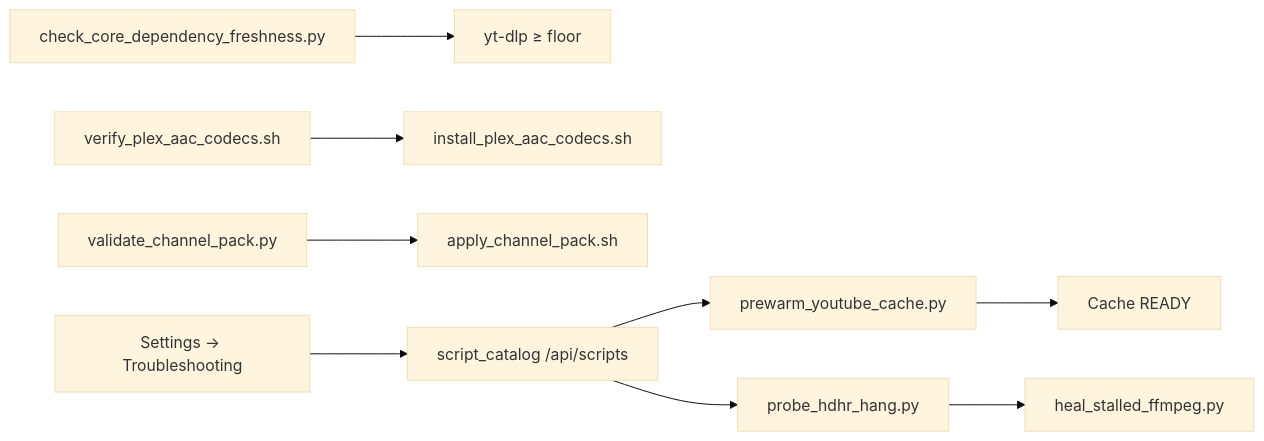
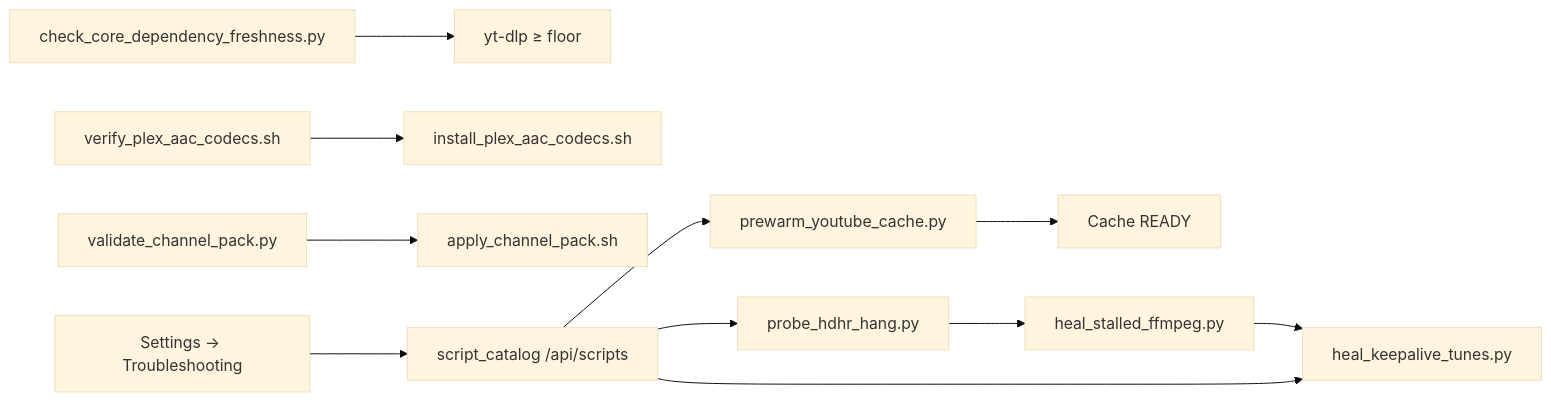
One commit to roto31/StreamTV changed the diagram in docs/wiki/Scripts-and-Tools.md. Above: the diagram before and after it, drawn with Mermaid (base theme). The commit also changed other lines of this file and 8 other files, not shown here.

````diff
--- a/docs/wiki/Scripts-and-Tools.md
+++ b/docs/wiki/Scripts-and-Tools.md
@@ -33,11 +37,13 @@
 ```mermaid
 flowchart LR
   Fresh["check_core_dependency_freshness.py"] --> YT["yt-dlp ≥ floor"]
   AAC["verify_plex_aac_codecs.sh"] --> Install["install_plex_aac_codecs.sh"]
   Pack["validate_channel_pack.py"] --> Apply["apply_channel_pack.sh"]
   Prewarm["prewarm_youtube_cache.py"] --> Ready["Cache READY"]
   Probe["probe_hdhr_hang.py"] --> Heal["heal_stalled_ffmpeg.py"]
+  Heal --> KeepHeal["heal_keepalive_tunes.py"]
   UI["Settings → Troubleshooting"] --> Catalog["script_catalog /api/scripts"]
   Catalog --> Prewarm
   Catalog --> Probe
+  Catalog --> KeepHeal
 ```
````
